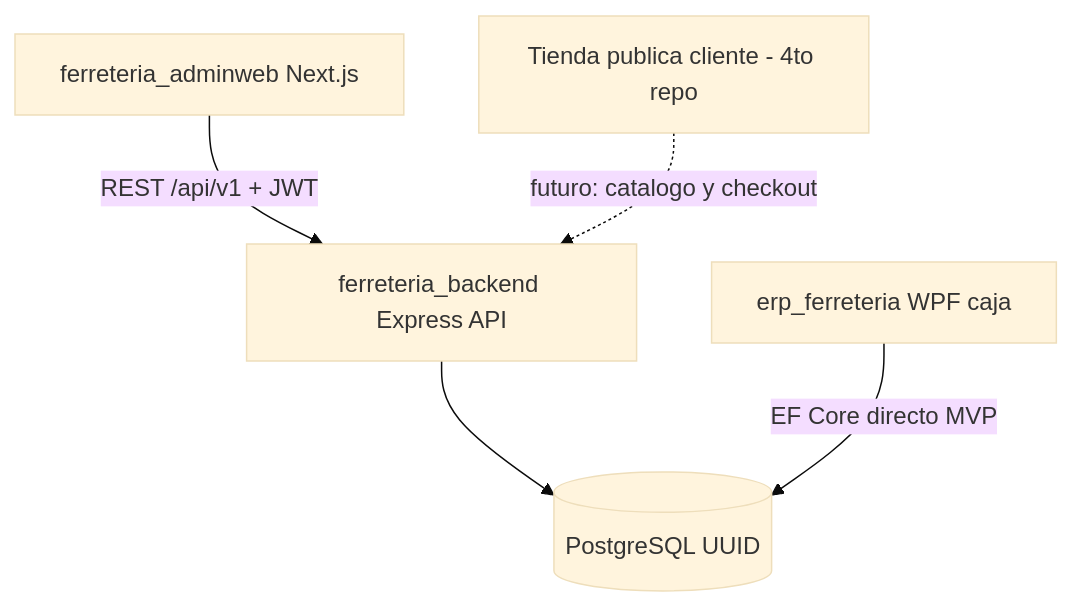
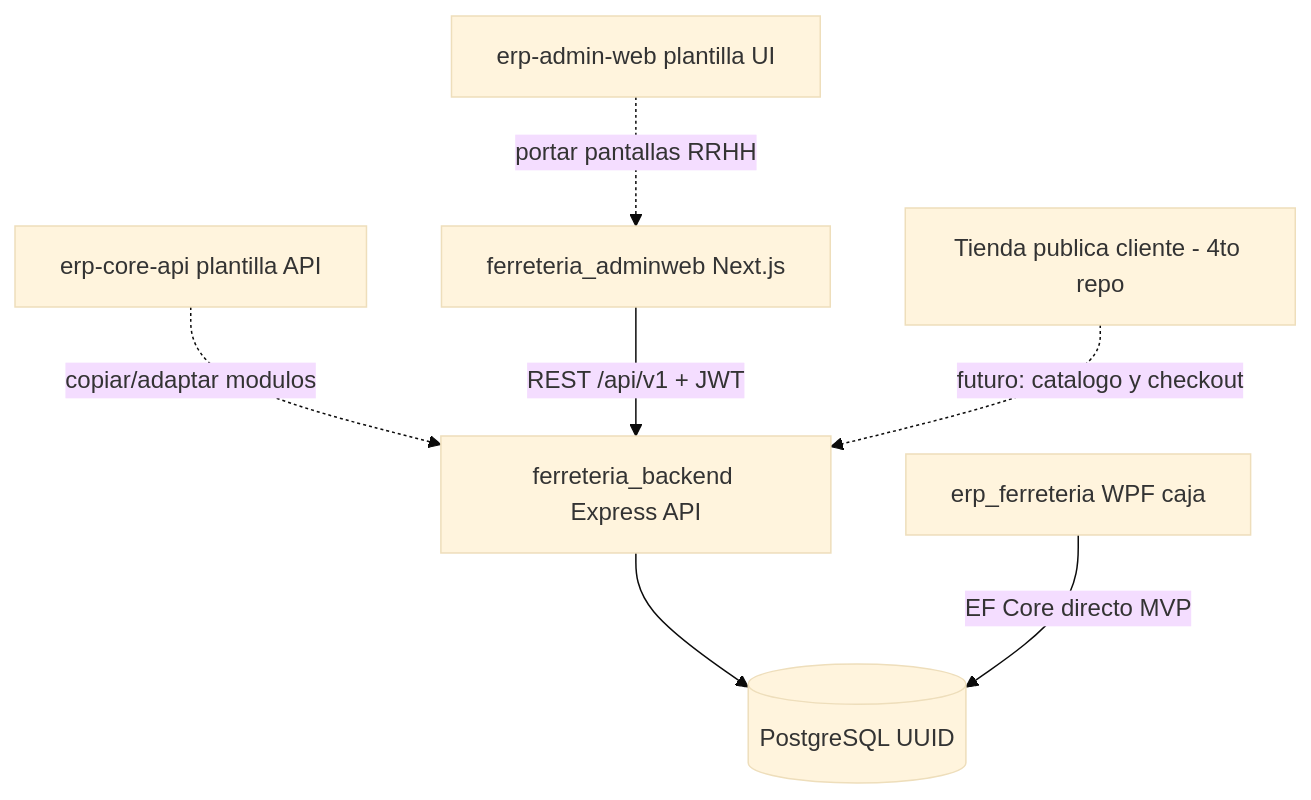
One commit to Lenny004/ferreteria_erp changed the diagram in docs/FERRETERIA_PLAN_BACKEND_API_2026.md. Above: the diagram before and after it, drawn with Mermaid (base theme). The commit also changed other lines of this file and 67 other files, not shown here.

````diff
--- a/docs/FERRETERIA_PLAN_BACKEND_API_2026.md
+++ b/docs/FERRETERIA_PLAN_BACKEND_API_2026.md
@@ -55,13 +63,17 @@
 ```mermaid
 flowchart TB
   adminweb[ferreteria_adminweb Next.js]
+  erpAdmin[erp-admin-web plantilla UI]
   store[Tienda publica cliente - 4to repo]
   api[ferreteria_backend Express API]
+  erpApi[erp-core-api plantilla API]
   db[(PostgreSQL UUID)]
   wpf[erp_ferreteria WPF caja]
 
+  erpApi -.->|"copiar/adaptar modulos"| api
+  erpAdmin -.->|"portar pantallas RRHH"| adminweb
   adminweb -->|"REST /api/v1 + JWT"| api
   store -.->|"futuro: catalogo y checkout"| api
   api --> db
   wpf -->|"EF Core directo MVP"| db
 ```
````
